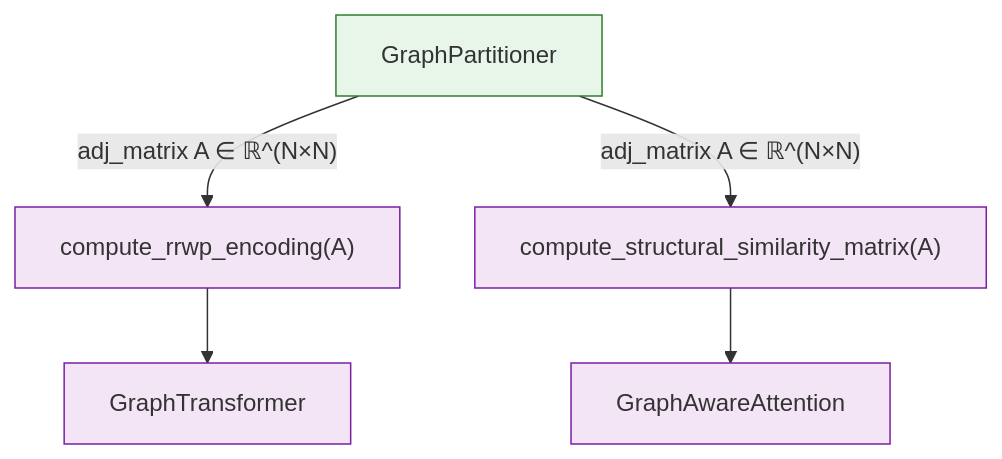
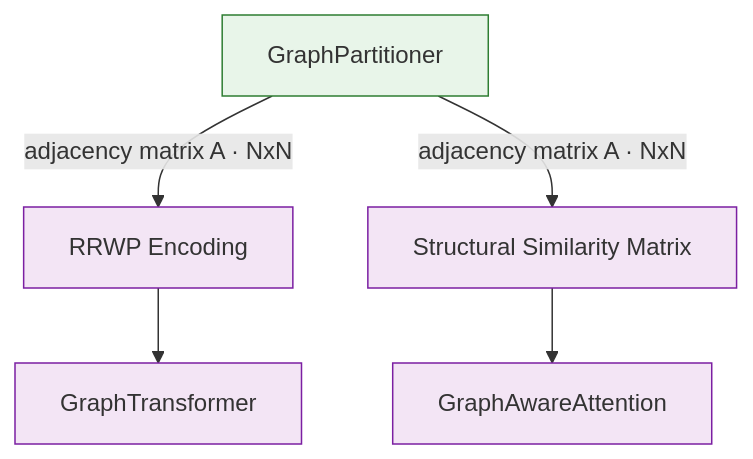
The third of 7 diagrams in docs/methodology/engine_integration.md (robguilarr/s-graphllm), drawn with Mermaid before and after one commit. The commit also changed other lines of this file and 3 other files, not shown here.

Commit message:
Mermaid update

````diff
--- a/docs/methodology/engine_integration.md
+++ b/docs/methodology/engine_integration.md
@@ -186,14 +172,14 @@
 ```mermaid
 flowchart TD
-    GP["GraphPartitioner"] -- "adj_matrix A ∈ ℝ^(N×N)" --> RRWP["compute_rrwp_encoding(A)"]
-    GP -- "adj_matrix A ∈ ℝ^(N×N)" --> SIM["compute_structural_similarity_matrix(A)"]
+    GP["GraphPartitioner"] -- "adjacency matrix A · NxN" --> RRWP["RRWP Encoding"]
+    GP -- "adjacency matrix A · NxN" --> SIM["Structural Similarity Matrix"]
 
     RRWP --> GT["GraphTransformer"]
     SIM --> GAA["GraphAwareAttention"]
 
     style GP fill:#e8f5e9,stroke:#2e7d32
     style RRWP fill:#f3e5f5,stroke:#7b1fa2
     style SIM fill:#f3e5f5,stroke:#7b1fa2
     style GT fill:#f3e5f5,stroke:#7b1fa2
     style GAA fill:#f3e5f5,stroke:#7b1fa2
 ```
````
